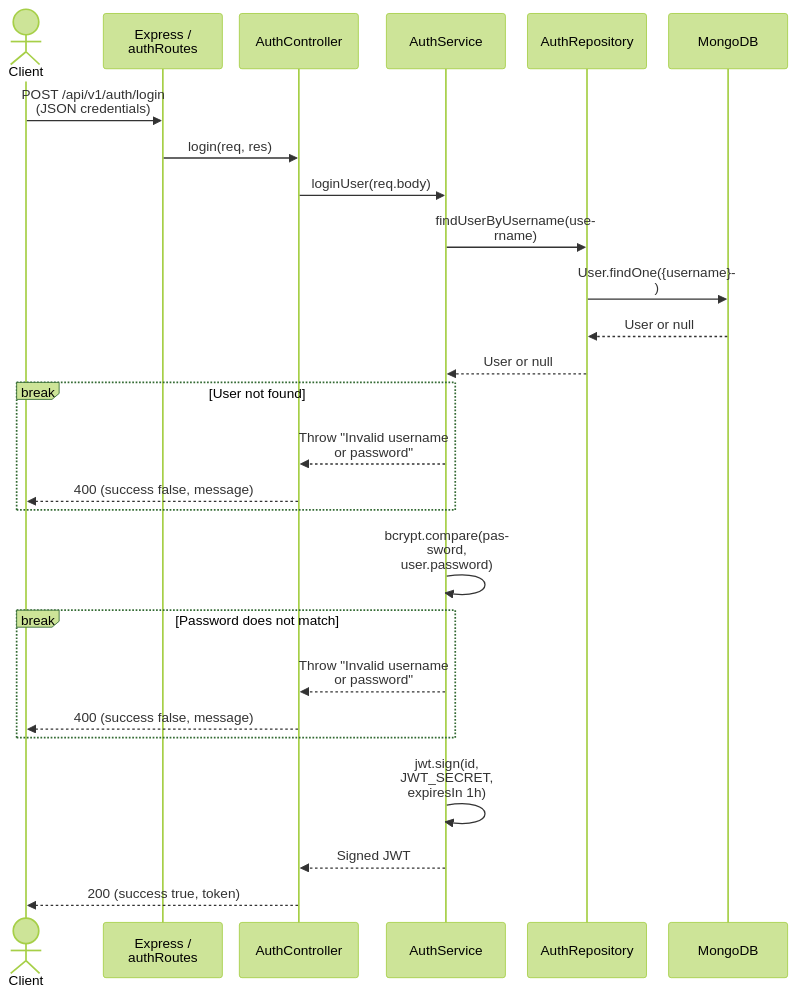
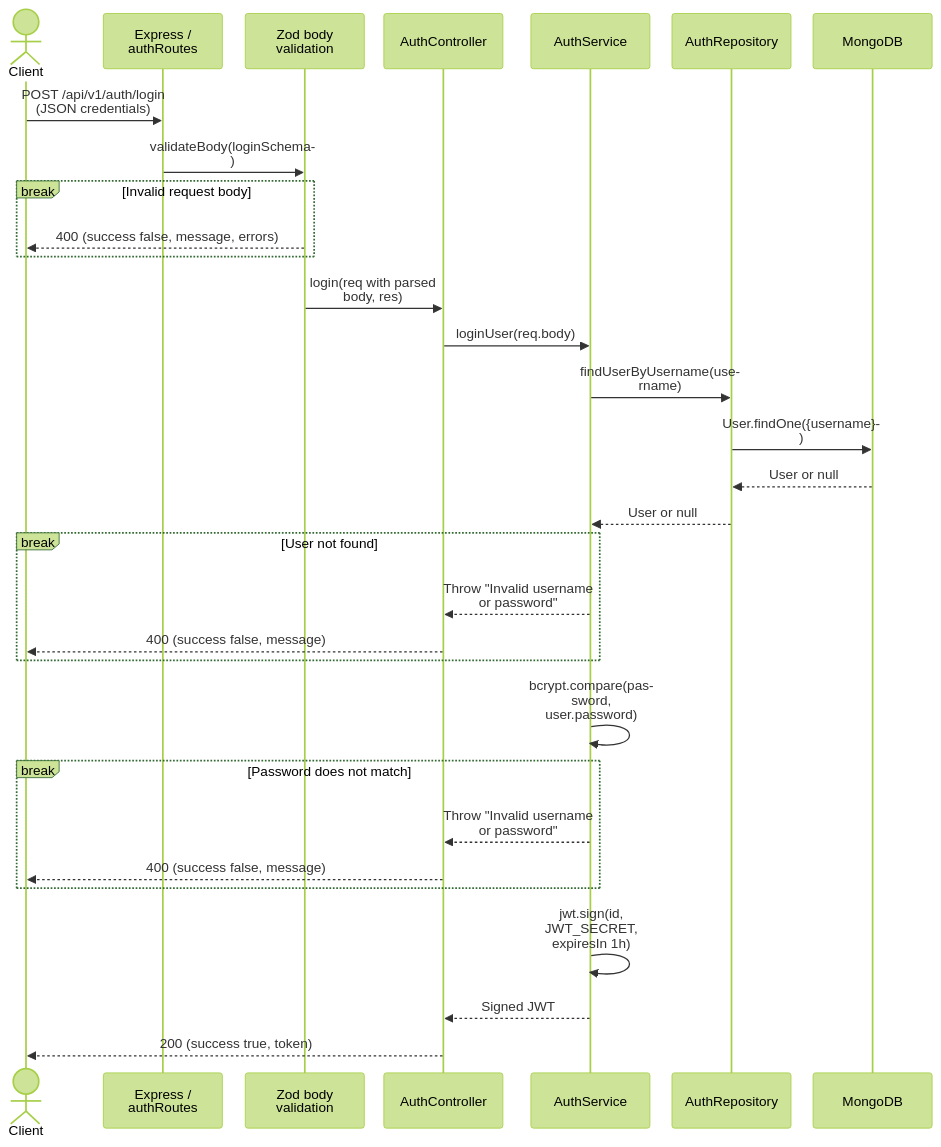
Before and after one commit to amin-newcastle/authMS: the second of 3 diagrams in docs/architecture/authentication-flows.md, drawn with Mermaid (forest theme). The commit also changed other lines of this file and 17 other files, not shown here.

Commit message:
feat(MPRO-0002): add authentication request validation (#42)

````diff
--- a/docs/architecture/authentication-flows.md
+++ b/docs/architecture/authentication-flows.md
@@ -71,35 +81,40 @@
 ```mermaid
 ---
 config:
   sequence:
     wrap: true
     actorMargin: 20
     width: 140
 ---
 sequenceDiagram
     actor Client
     participant Routes as Express / authRoutes
+    participant Validation as Zod body validation
     participant Controller as AuthController
     participant Service as AuthService
     participant Repository as AuthRepository
     participant DB as MongoDB
     Client->>Routes: POST /api/v1/auth/login (JSON credentials)
-    Routes->>Controller: login(req, res)
+    Routes->>Validation: validateBody(loginSchema)
+    break Invalid request body
+        Validation-->>Client: 400 (success false, message, errors)
+    end
+    Validation->>Controller: login(req with parsed body, res)
     Controller->>Service: loginUser(req.body)
     Service->>Repository: findUserByUsername(username)
     Repository->>DB: User.findOne({username})
     DB-->>Repository: User or null
     Repository-->>Service: User or null
     break User not found
         Service-->>Controller: Throw "Invalid username or password"
         Controller-->>Client: 400 (success false, message)
     end
     Service->>Service: bcrypt.compare(password, user.password)
     break Password does not match
         Service-->>Controller: Throw "Invalid username or password"
         Controller-->>Client: 400 (success false, message)
     end
     Service->>Service: jwt.sign(id, JWT_SECRET, expiresIn 1h)
     Service-->>Controller: Signed JWT
     Controller-->>Client: 200 (success true, token)
 ```
````
